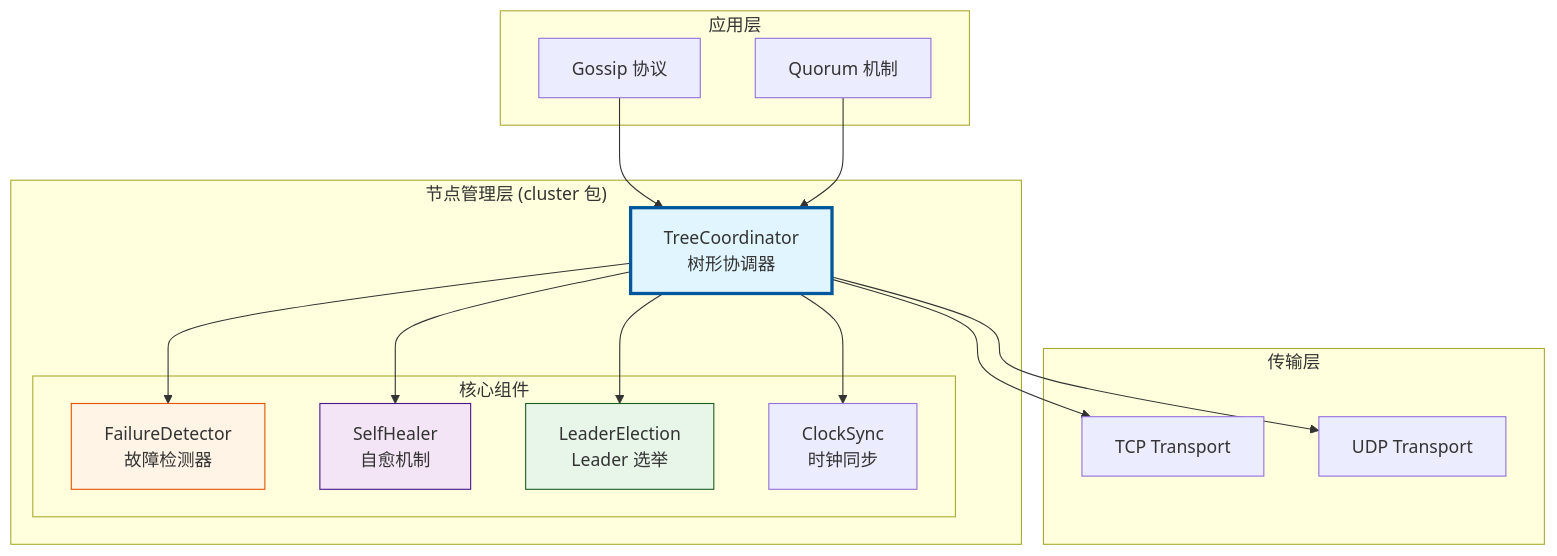
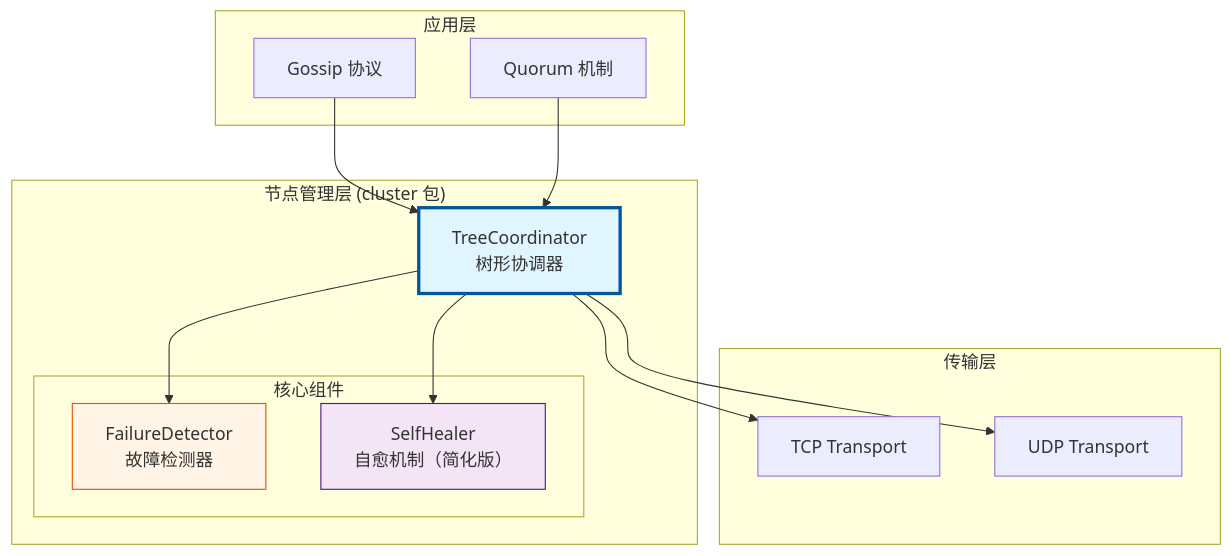
The fourth of 18 diagrams in docs/06_project_management/pr_documents/feature/2026-01-27_PR-032_节点管理增强_全流程.md (jzhang405/NexKV), drawn with Mermaid before and after one commit. The commit also changed other lines of this file and 27 other files, not shown here.

````diff
--- a/docs/06_project_management/pr_documents/feature/2026-01-27_PR-032_节点管理增强_全流程.md
+++ b/docs/06_project_management/pr_documents/feature/2026-01-27_PR-032_节点管理增强_全流程.md
@@ -106,38 +505,33 @@
 ```mermaid
 graph TB
     subgraph App["应用层"]
         Gossip["Gossip 协议"]
         Quorum["Quorum 机制"]
     end
 
     subgraph Cluster["节点管理层 (cluster 包)"]
         TC["TreeCoordinator<br/>树形协调器"]
 
         subgraph Components["核心组件"]
             FD["FailureDetector<br/>故障检测器"]
-            SH["SelfHealer<br/>自愈机制"]
-            LE["LeaderElection<br/>Leader 选举"]
-            CS["ClockSync<br/>时钟同步"]
+            SH["SelfHealer<br/>自愈机制（简化版）"]
         end
 
         TC --> FD
         TC --> SH
-        TC --> LE
-        TC --> CS
     end
 
     subgraph Transport["传输层"]
         TCP["TCP Transport"]
         UDP["UDP Transport"]
     end
 
     Gossip --> TC
     Quorum --> TC
     TC --> TCP
     TC --> UDP
 
     style TC fill:#e1f5ff,stroke:#01579b,stroke-width:3px
     style FD fill:#fff4e6,stroke:#e65100
     style SH fill:#f3e5f5,stroke:#4a148c
-    style LE fill:#e8f5e9,stroke:#1b5e20
 ```
````
